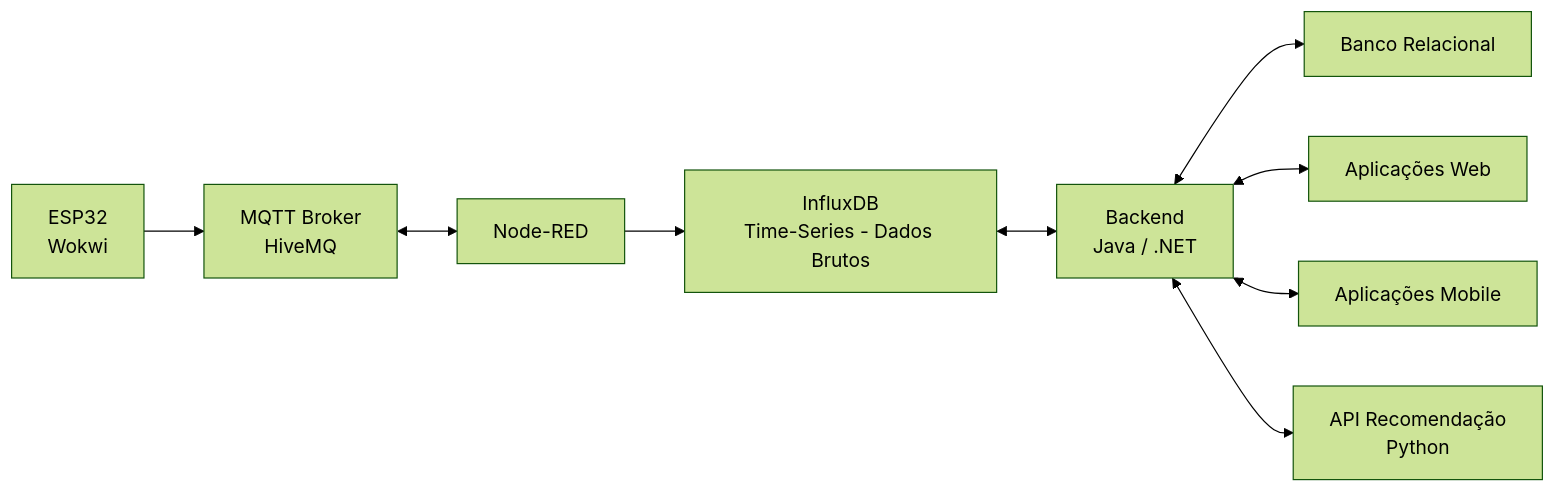
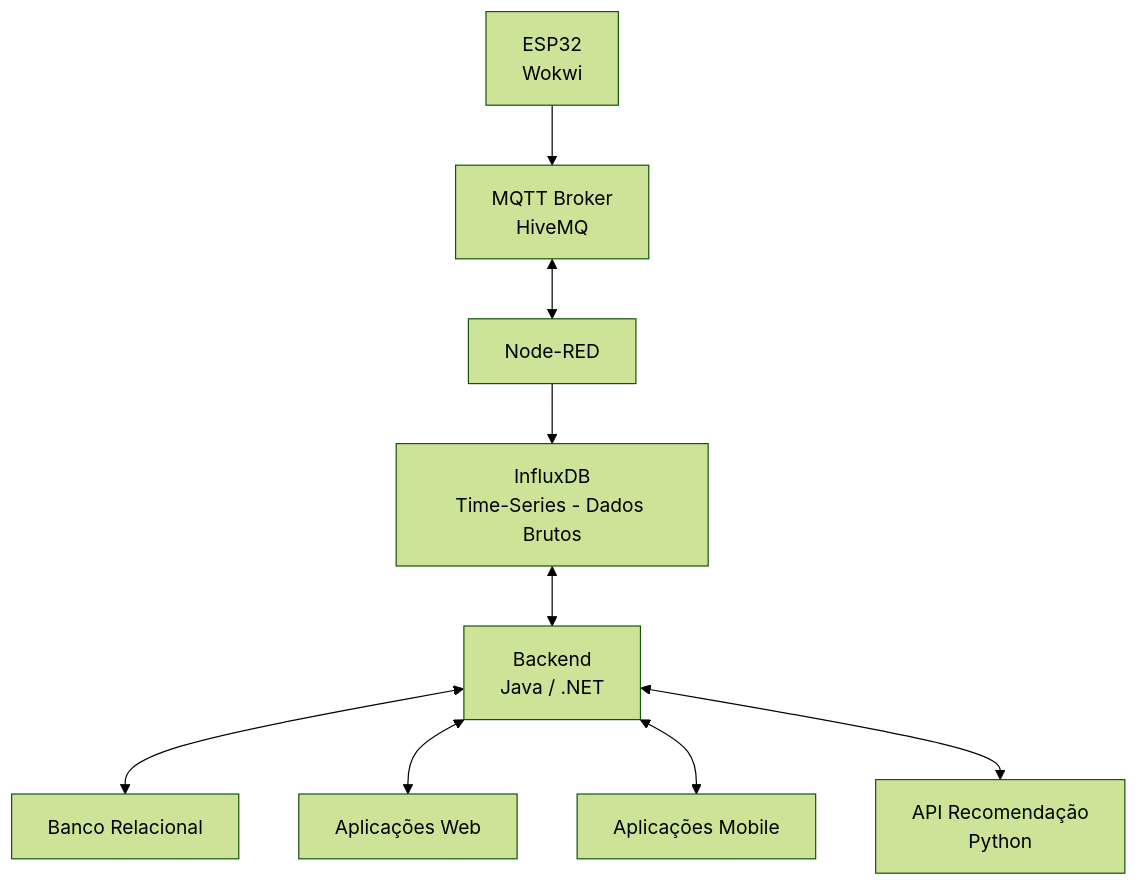
The first of 2 diagrams in Projeto Integrador/README.md (profAndreSouza/Material), drawn with Mermaid (forest theme) before and after one commit.

````diff
--- a/Projeto Integrador/README.md
+++ b/Projeto Integrador/README.md
@@ -43,13 +43,13 @@
 ```mermaid
 
-flowchart LR
+flowchart 
     A[ESP32<br/>Wokwi] --> B[MQTT Broker<br/>HiveMQ]
     B <--> C[Node-RED]
     C --> D[InfluxDB<br/>Time-Series - Dados Brutos]
     D <--> E[Backend<br/>Java / .NET]
     E <--> F[Banco Relacional]
     E <--> G[Aplicações Web]
     E <--> H[Aplicações Mobile]
     E <--> I[API Recomendação<br/>Python]
 
 ```
````
